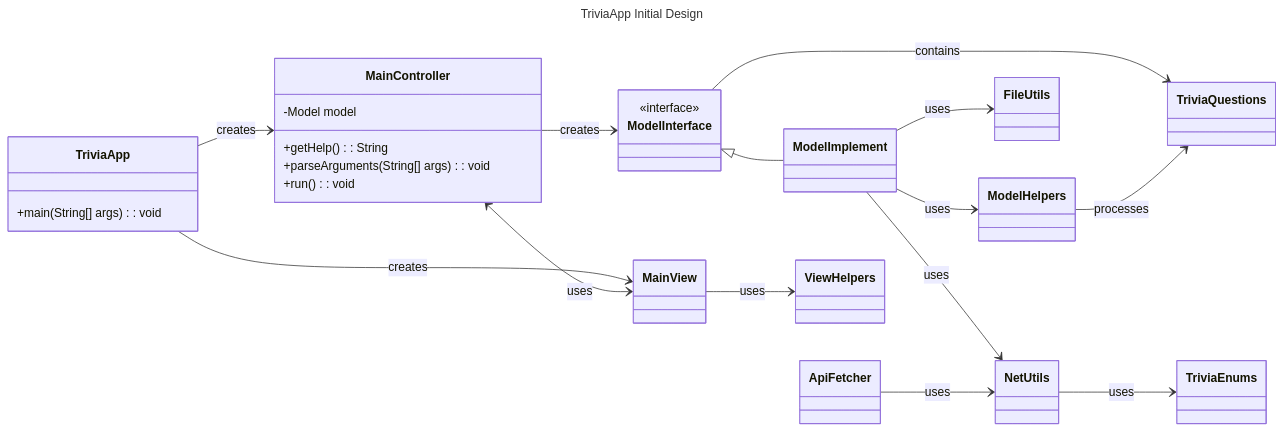
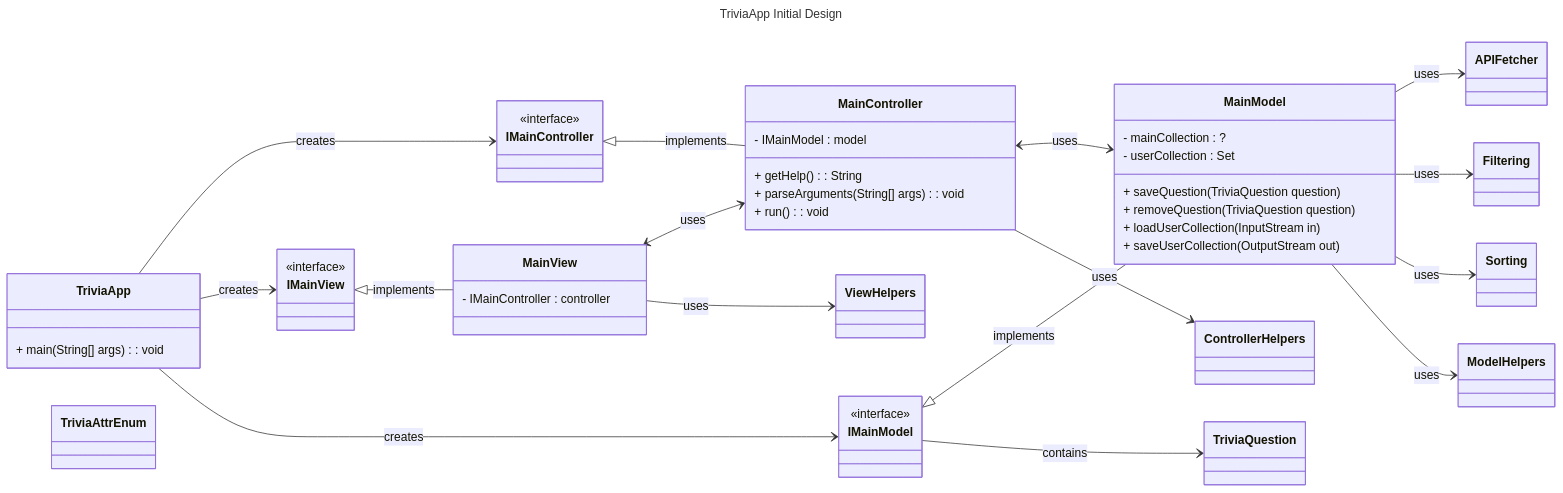
The diagram in DesignDocuments/InitialDesign.md (Su24-CS5004-Online-Lionelle/final-project-group-8), drawn with Mermaid before and after one commit.

Commit message:
docs: revised uml template

````diff
--- a/DesignDocuments/InitialDesign.md
+++ b/DesignDocuments/InitialDesign.md
@@ -28,42 +28,86 @@
 ---
 classDiagram
    direction LR
-   TriviaApp --> MainController : creates
-   TriviaApp --> MainView : creates
-   MainController --> ModelInterface : creates
-   MainController <--> MainView : uses
-   ModelInterface --> TriviaQuestions : contains
-   ModelImplement --> NetUtils : uses
-   ModelImplement --> FileUtils : uses
-   ModelImplement --> ModelHelpers : uses
-   ModelHelpers --> TriviaQuestions : processes
-   ApiFetcher --> NetUtils : uses
-   NetUtils --> TriviaEnums : uses
-   ModelInterface <|-- ModelImplement
+   TriviaApp --> IMainController : creates
+   IMainController <|-- MainController : implements
+   TriviaApp --> IMainView : creates
+   IMainView <|-- MainView : implements
+   TriviaApp --> IMainModel : creates
+   IMainModel <|-- MainModel : implements
+
+   MainController <--> MainModel : uses
+   MainView <--> MainController : uses
    MainView --> ViewHelpers : uses
+   MainModel --> APIFetcher : uses
+   MainModel --> Filtering : uses
+   MainModel --> Sorting : uses
+   MainController --> ControllerHelpers : uses
+
+   IMainModel --> TriviaQuestion : contains
+   MainModel --> ModelHelpers : uses
 
    class TriviaApp {
-      +main(String[] args) : void
+      + main(String[] args) : void
+   }
+
+   class IMainController {
+      <<interface>>
    }
 
    class MainController {
-      -Model model
-      +getHelp() : String
-      +parseArguments(String[] args) : void
-      +run() : void
+      - IMainModel : model
+      + getHelp() : String
+      + parseArguments(String[] args) : void
+      + run() : void
    }
 
-   class ModelInterface {
+   class IMainModel {
       <<interface>>
    }
+
+   class MainModel {
+      - mainCollection : ?
+      - userCollection : Set<TriviaQuestion>
+      + saveQuestion(TriviaQuestion question)
+      + removeQuestion(TriviaQuestion question)
+      + loadUserCollection(InputStream in)
+      + saveUserCollection(OutputStream out)
+   }
+
+   class ModelHelpers {
+       
+   }
+
+   class IMainView{
+      <<interface>>
+   }
+
+   class MainView {
+      - IMainController : controller
+   }
+
+   class ViewHelpers {
+       
+   }
    
-   class ModelImplement {
+   class TriviaQuestion {
+
+   }
+
+   class APIFetcher {
 
    }
    
-   class ModelHelpers {
-       
+   class TriviaAttrEnum {
+
    }
-   
+
+   class Filtering {
+
+   }
+
+   class Sorting {
+
+   }
 
 ```
````
